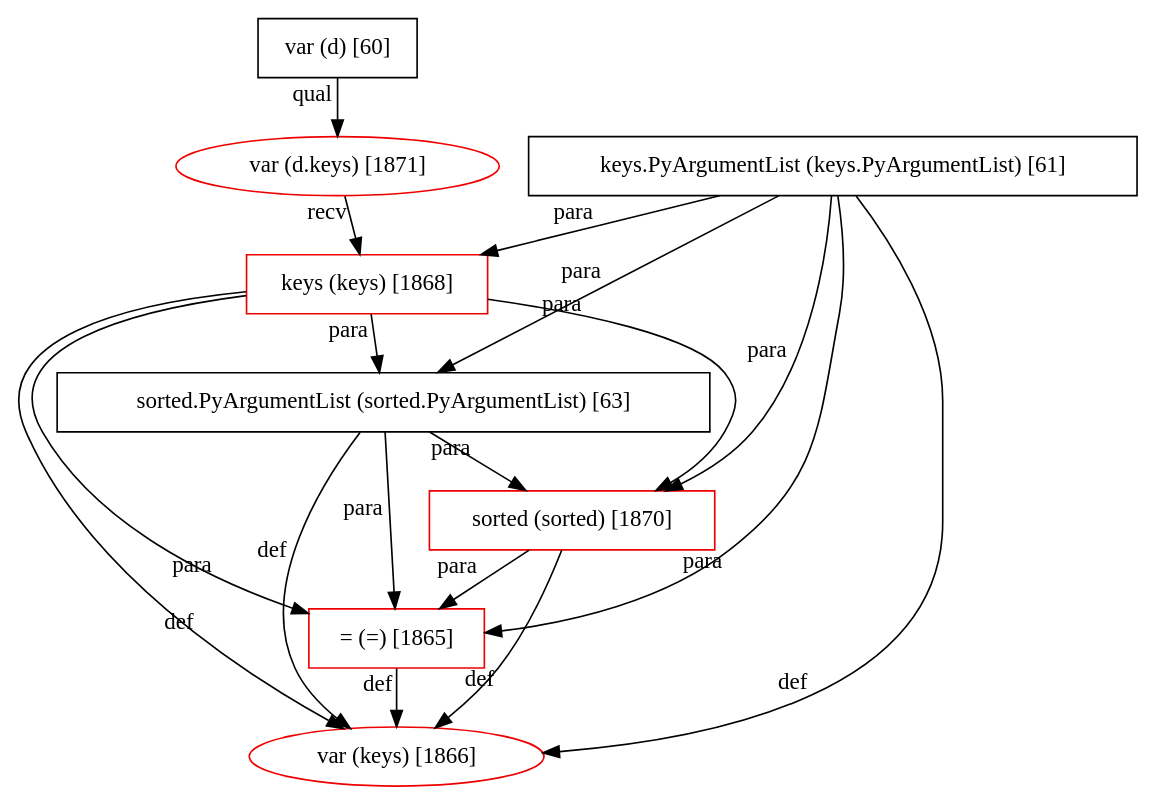
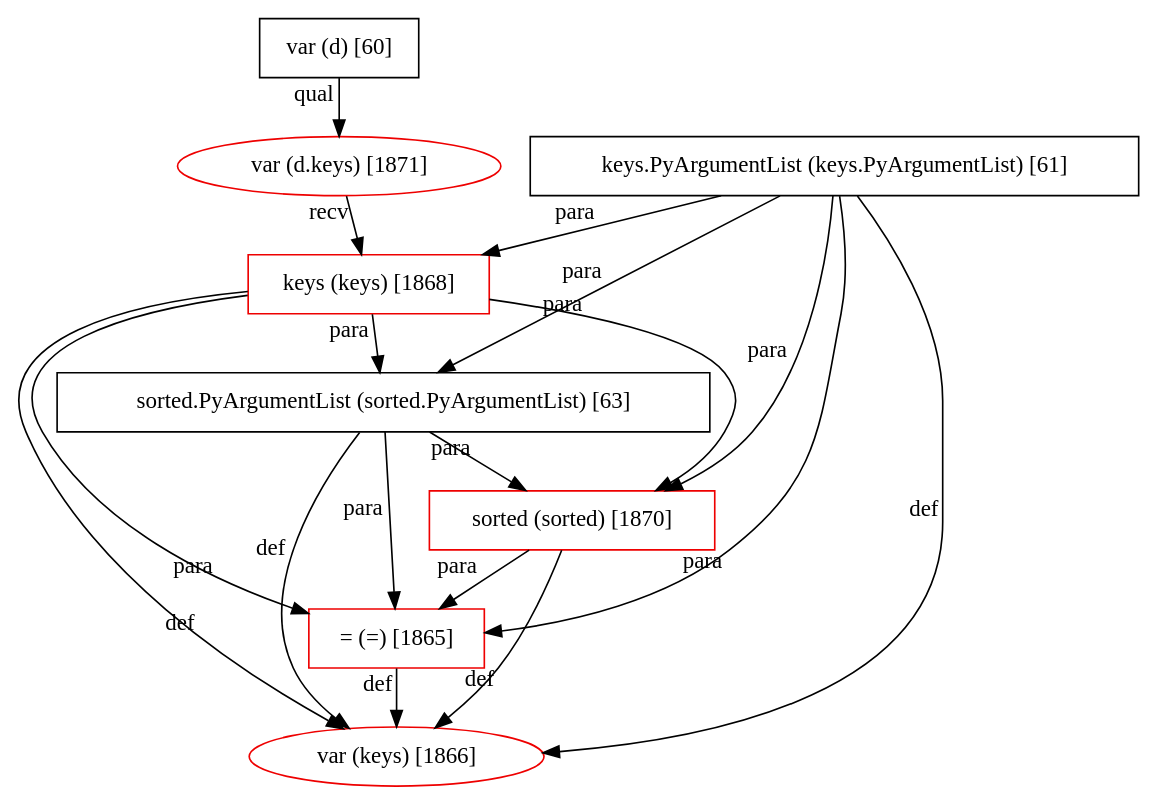
Before and after one commit to JetBrains-Research/revizor: the diagram in plugin/src/main/resources/patterns/23/graph.dot, drawn with Graphviz. The commit also changed other lines of this file and 19 other files, not shown here.

```diff
--- a/plugin/src/main/resources/patterns/23/graph.dot
+++ b/plugin/src/main/resources/patterns/23/graph.dot
@@ -1,27 +1,27 @@
 digraph G {
   1868 [ metadata="" color="red2" shape="box" label="keys (keys) [1868]" ];
   1871 [ metadata="" color="red2" shape="ellipse" label="var (d.keys) [1871]" ];
   1870 [ metadata="" color="red2" shape="box" label="sorted (sorted) [1870]" ];
   1865 [ metadata="" color="red2" shape="box" label="= (=) [1865]" ];
   1866 [ metadata="" color="red2" shape="ellipse" label="var (keys) [1866]" ];
+  60 [ metadata="hanger" color="null" shape="null" label="var (d) [60]" ];
+  63 [ metadata="hanger" color="null" shape="null" label="sorted.PyArgumentList (sorted.PyArgumentList) [63]" ];
   61 [ metadata="hanger" color="null" shape="null" label="keys.PyArgumentList (keys.PyArgumentList) [61]" ];
-  63 [ metadata="hanger" color="null" shape="null" label="sorted.PyArgumentList (sorted.PyArgumentList) [63]" ];
-  60 [ metadata="hanger" color="null" shape="null" label="var (d) [60]" ];
   1868 -> 1870 [ from_closure="false" xlabel="para" ];
   1868 -> 1865 [ from_closure="true" xlabel="para" ];
   1868 -> 1866 [ from_closure="true" xlabel="def" ];
   1871 -> 1868 [ from_closure="false" xlabel="recv" ];
   1870 -> 1865 [ from_closure="false" xlabel="para" ];
   1870 -> 1866 [ from_closure="false" xlabel="def" ];
   1865 -> 1866 [ from_closure="false" xlabel="def" ];
+  60 -> 1871 [ from_closure="false" xlabel="qual" ];
+  1868 -> 63 [ from_closure="false" xlabel="para" ];
+  63 -> 1865 [ from_closure="true" xlabel="para" ];
+  63 -> 1870 [ from_closure="false" xlabel="para" ];
+  63 -> 1866 [ from_closure="true" xlabel="def" ];
+  61 -> 63 [ from_closure="true" xlabel="para" ];
+  61 -> 1870 [ from_closure="true" xlabel="para" ];
   61 -> 1866 [ from_closure="true" xlabel="def" ];
+  61 -> 1868 [ from_closure="false" xlabel="para" ];
   61 -> 1865 [ from_closure="true" xlabel="para" ];
-  61 -> 1870 [ from_closure="true" xlabel="para" ];
-  61 -> 1868 [ from_closure="false" xlabel="para" ];
-  1868 -> 63 [ from_closure="false" xlabel="para" ];
-  61 -> 63 [ from_closure="true" xlabel="para" ];
-  63 -> 1865 [ from_closure="true" xlabel="para" ];
-  63 -> 1866 [ from_closure="true" xlabel="def" ];
-  63 -> 1870 [ from_closure="false" xlabel="para" ];
-  60 -> 1871 [ from_closure="false" xlabel="qual" ];
 }
```
